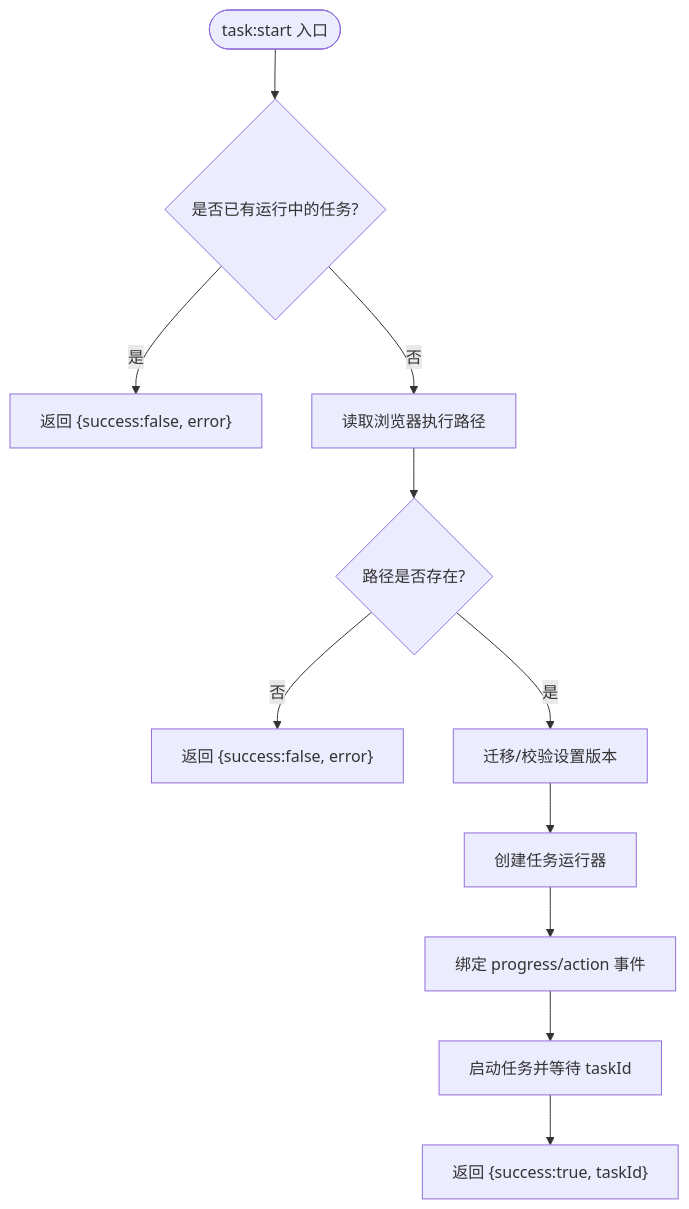
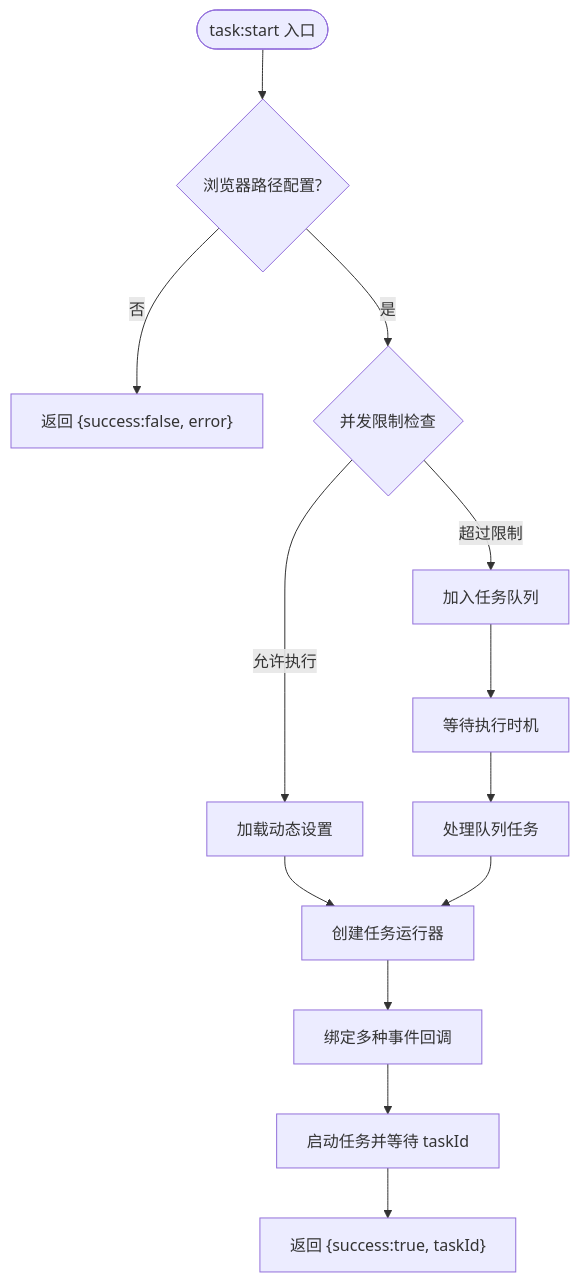
Before and after one commit to hipig/autoOps: the fourth of 5 diagrams in .qoder/repowiki/zh/content/IPC通信/IPC通信.md, drawn with Mermaid. The commit also changed other lines of this file and 37 other files, not shown here.

````diff
--- a/.qoder/repowiki/zh/content/IPC通信/IPC通信.md
+++ b/.qoder/repowiki/zh/content/IPC通信/IPC通信.md
@@ -169,13 +190,15 @@
 ```mermaid
 flowchart TD
-Start(["task:start 入口"]) --> CheckRunning{"是否已有运行中的任务?"}
-CheckRunning --> |是| ReturnBusy["返回 {success:false, error}"]
-CheckRunning --> |否| LoadPath["读取浏览器执行路径"]
-LoadPath --> PathOK{"路径是否存在?"}
-PathOK --> |否| ReturnNoPath["返回 {success:false, error}"]
-PathOK --> |是| Migrate["迁移/校验设置版本"]
-Migrate --> NewRunner["创建任务运行器"]
-NewRunner --> HookEvents["绑定 progress/action 事件"]
-HookEvents --> StartRun["启动任务并等待 taskId"]
+Start(["task:start 入口"]) --> CheckBrowser{"浏览器路径配置?"}
+CheckBrowser --> |否| ReturnNoPath["返回 {success:false, error}"]
+CheckBrowser --> |是| CheckConcurrency{"并发限制检查"}
+CheckConcurrency --> |超过限制| QueueTask["加入任务队列"]
+CheckConcurrency --> |允许执行| LoadSettings["加载动态设置"]
+LoadSettings --> CreateRunner["创建任务运行器"]
+CreateRunner --> BindEvents["绑定多种事件回调"]
+BindEvents --> StartRun["启动任务并等待 taskId"]
 StartRun --> ReturnOk["返回 {success:true, taskId}"]
+QueueTask --> WaitQueue["等待执行时机"]
+WaitQueue --> ProcessQueue["处理队列任务"]
+ProcessQueue --> CreateRunner
 ```
````
